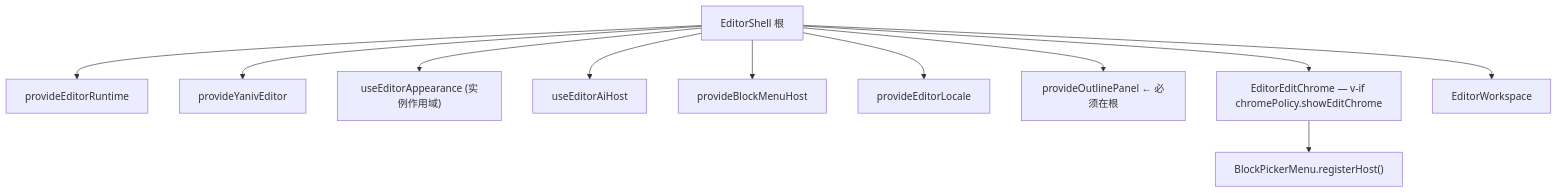
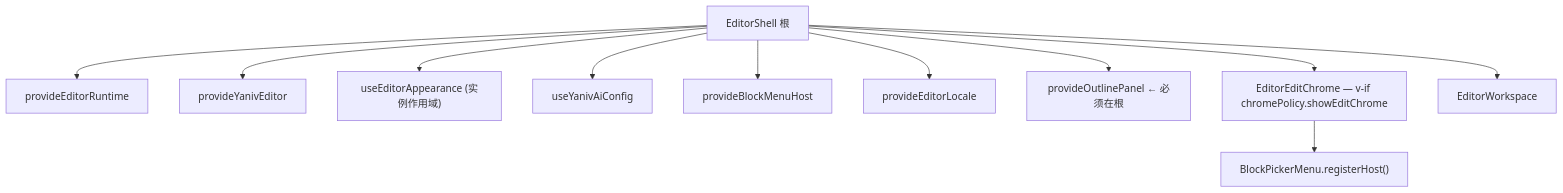
Before and after one commit to YanivWang/yaniv-editor: the second of 2 diagrams in ARCHITECTURE.md, drawn with Mermaid. The commit also changed other lines of this file and 6 other files, not shown here.

````diff
--- a/ARCHITECTURE.md
+++ b/ARCHITECTURE.md
@@ -707,14 +707,14 @@
 ```mermaid
 flowchart TB
   EditorShell["EditorShell 根"]
   EditorShell --> runtime["provideEditorRuntime"]
   EditorShell --> editor["provideYanivEditor"]
   EditorShell --> appearance["useEditorAppearance (实例作用域)"]
-  EditorShell --> ai["useEditorAiHost"]
+  EditorShell --> ai["useYanivAiConfig"]
   EditorShell --> blockHost["provideBlockMenuHost"]
   EditorShell --> locale["provideEditorLocale"]
   EditorShell --> outline["provideOutlinePanel ← 必须在根"]
   EditorShell --> EditChrome["EditorEditChrome — v-if chromePolicy.showEditChrome"]
   EditorShell --> Workspace["EditorWorkspace"]
   EditChrome --> BlockPicker["BlockPickerMenu.registerHost()"]
 ```
````
